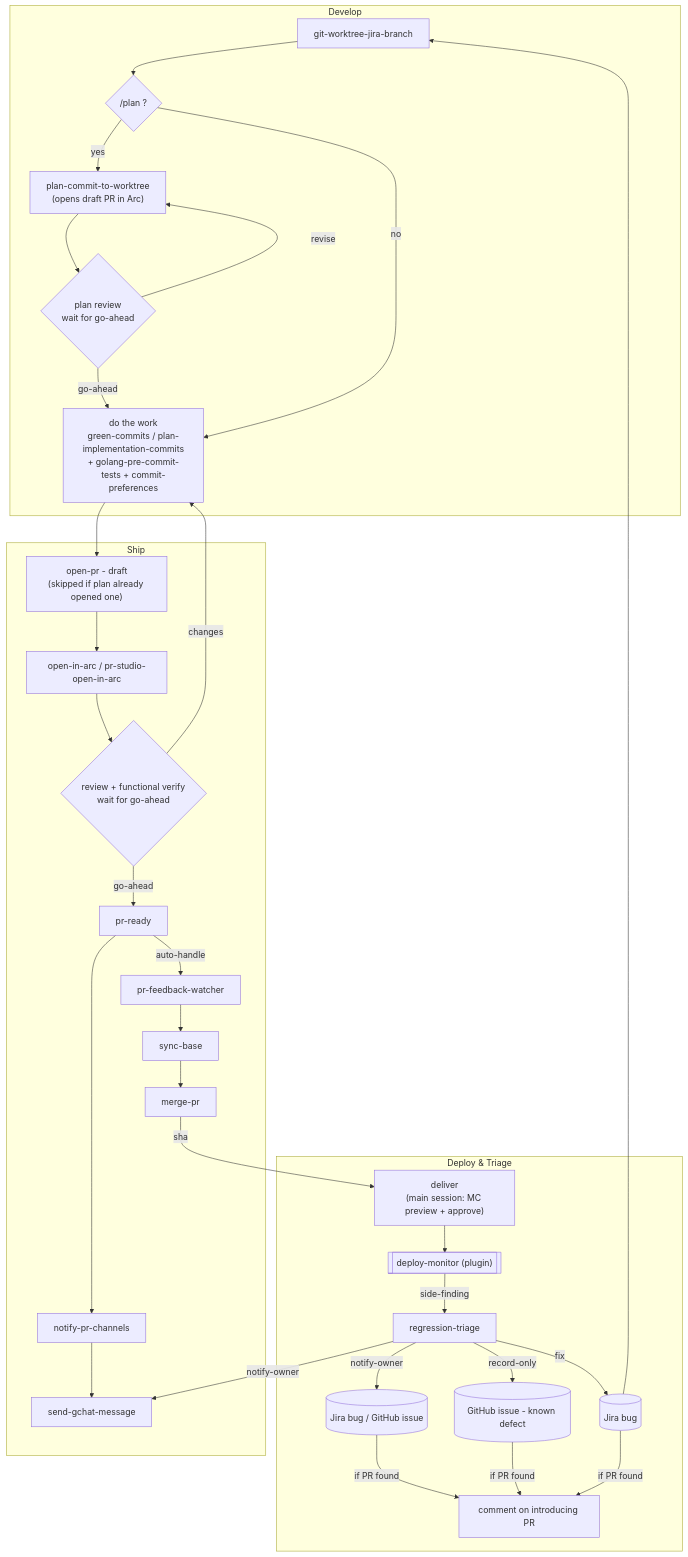
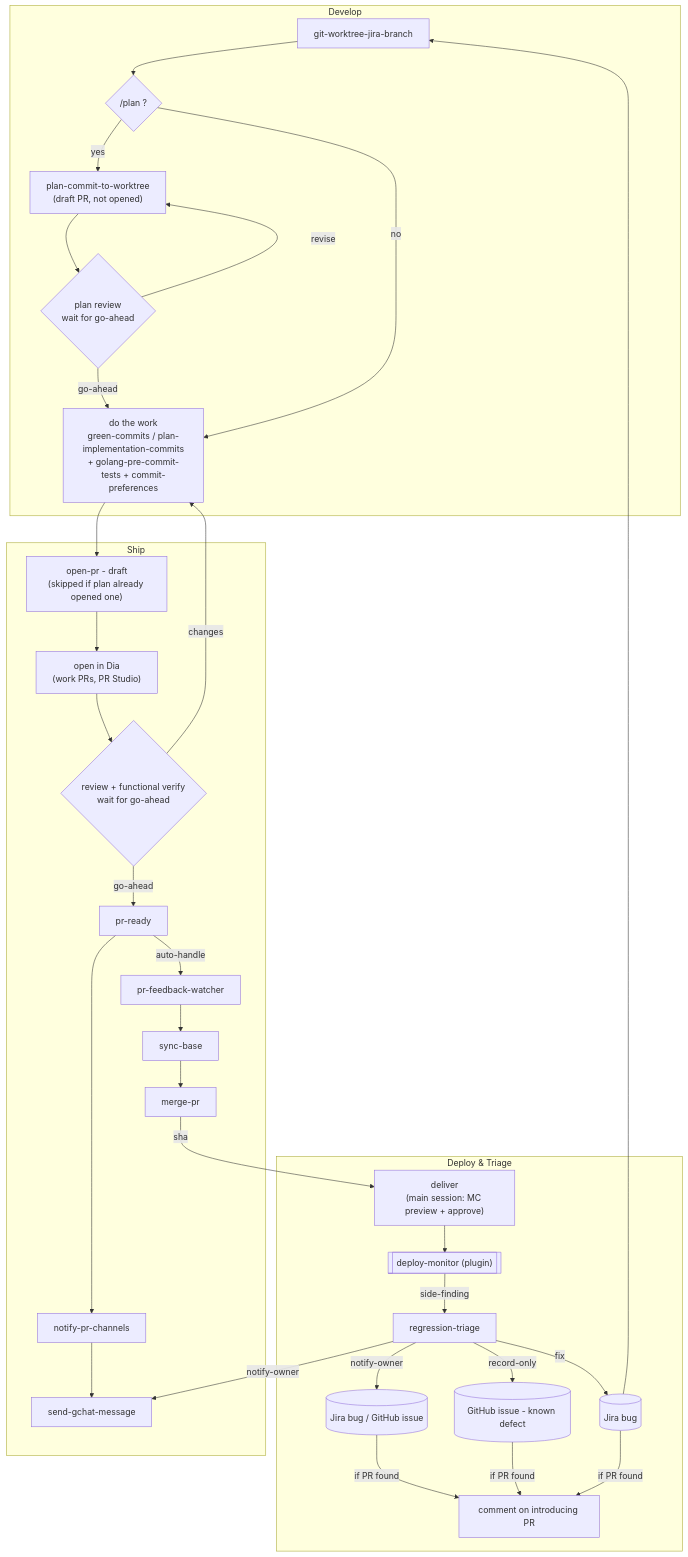
Before and after one commit to benjfactor/dotfiles: the diagram in claude/skills/README.md, drawn with Mermaid. The commit also changed 6 other files, not shown here.

First line of the commit message:
chore(claude): switch browser from Arc to Dia and stop opening plan PRs

````diff
--- a/claude/skills/README.md
+++ b/claude/skills/README.md
@@ -34,48 +34,48 @@
 ```mermaid
 flowchart TD
     subgraph Develop
         WT[git-worktree-jira-branch]
         PLAN{"/plan ?"}
-        PCW["plan-commit-to-worktree<br/>(opens draft PR in Arc)"]
+        PCW["plan-commit-to-worktree<br/>(draft PR, not opened)"]
         PGATE{"plan review<br/>wait for go-ahead"}
         WORK["do the work<br/>green-commits / plan-implementation-commits<br/>+ golang-pre-commit-tests + commit-preferences"]
     end
     subgraph Ship
         DRAFT["open-pr - draft<br/>(skipped if plan already opened one)"]
-        ARC[open-in-arc / pr-studio-open-in-arc]
+        ARC["open in Dia<br/>(work PRs, PR Studio)"]
         WGATE{"review + functional verify<br/>wait for go-ahead"}
         READY[pr-ready]
         NOTIFY[notify-pr-channels]
         GCHAT[send-gchat-message]
         FB[pr-feedback-watcher]
         SYNC[sync-base]
         MERGE[merge-pr]
     end
     subgraph DeployTriage["Deploy & Triage"]
         DELIVER["deliver<br/>(main session: MC preview + approve)"]
         DM[["deploy-monitor (plugin)"]]
         RT[regression-triage]
         JIRA[(Jira bug)]
         TRACKER[(Jira bug / GitHub issue)]
         KNOWN[(GitHub issue - known defect)]
         PRC[comment on introducing PR]
     end
 
     WT --> PLAN
     PLAN -- yes --> PCW --> PGATE
     PGATE -- go-ahead --> WORK
     PGATE -- revise --> PCW
     PLAN -- no --> WORK
     WORK --> DRAFT --> ARC --> WGATE
     WGATE -- go-ahead --> READY
     WGATE -- changes --> WORK
     READY --> NOTIFY --> GCHAT
     READY -- auto-handle --> FB
     FB --> SYNC --> MERGE -- sha --> DELIVER --> DM
     DM -- side-finding --> RT
     RT -- notify-owner --> GCHAT
     RT -- notify-owner --> TRACKER
     RT -- record-only --> KNOWN
     RT -- fix --> JIRA --> WT
     JIRA & TRACKER & KNOWN -- if PR found --> PRC
 ```
````
